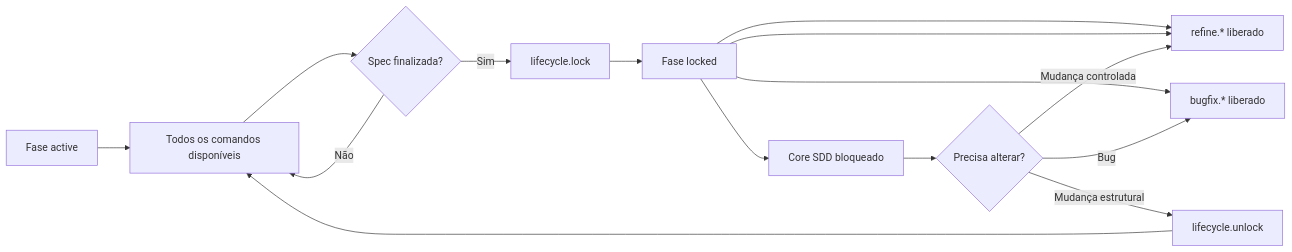
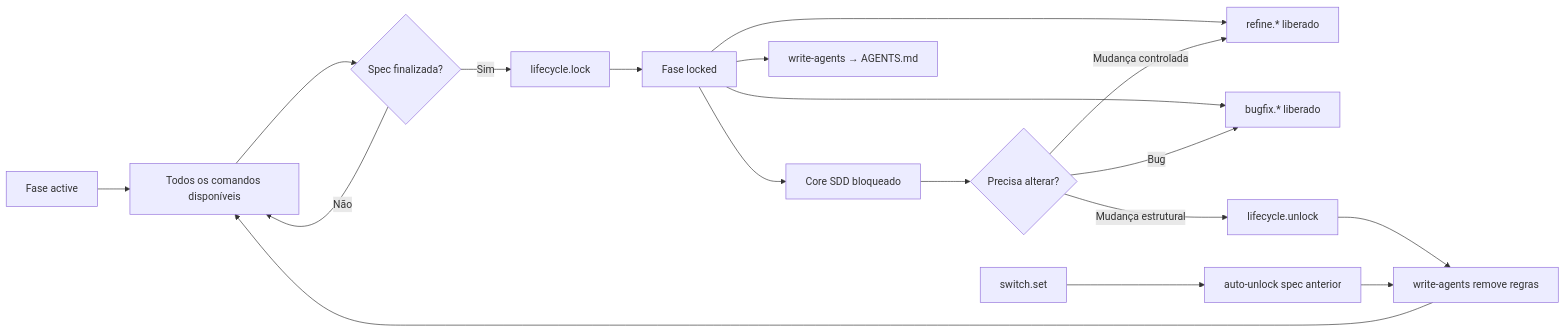
Before and after one commit to wagner-sousa/spec-kit-docker: diagram 11 of 12 in README.md, drawn with Mermaid. The commit also changed other lines of this file and 1 other file, not shown here.

First line of the commit message:
docs(lifecycle): update README and lifecycle docs for per-spec architecture

````diff
--- a/README.md
+++ b/README.md
@@ -275,17 +275,20 @@
 ```mermaid
 graph LR
     A[Fase active] --> B[Todos os comandos disponíveis]
     B --> C{Spec finalizada?}
     C -->|Não| B
     C -->|Sim| D[lifecycle.lock]
     D --> E[Fase locked]
     E --> F[Core SDD bloqueado]
     E --> G[refine.* liberado]
-    E --> G
     E --> H[bugfix.* liberado]
-    F --> I{Precisa alterar?}
-    I -->|Mudança controlada| G
-    I -->|Bug| H
-    I -->|Mudança estrutural| J[lifecycle.unlock]
-    J --> B
+    E --> I[write-agents → AGENTS.md]
+    F --> J{Precisa alterar?}
+    J -->|Mudança controlada| G
+    J -->|Bug| H
+    J -->|Mudança estrutural| K[lifecycle.unlock]
+    K --> L[write-agents remove regras]
+    L --> B
+    M[switch.set] --> N[auto-unlock spec anterior]
+    N --> L
 ```
````
